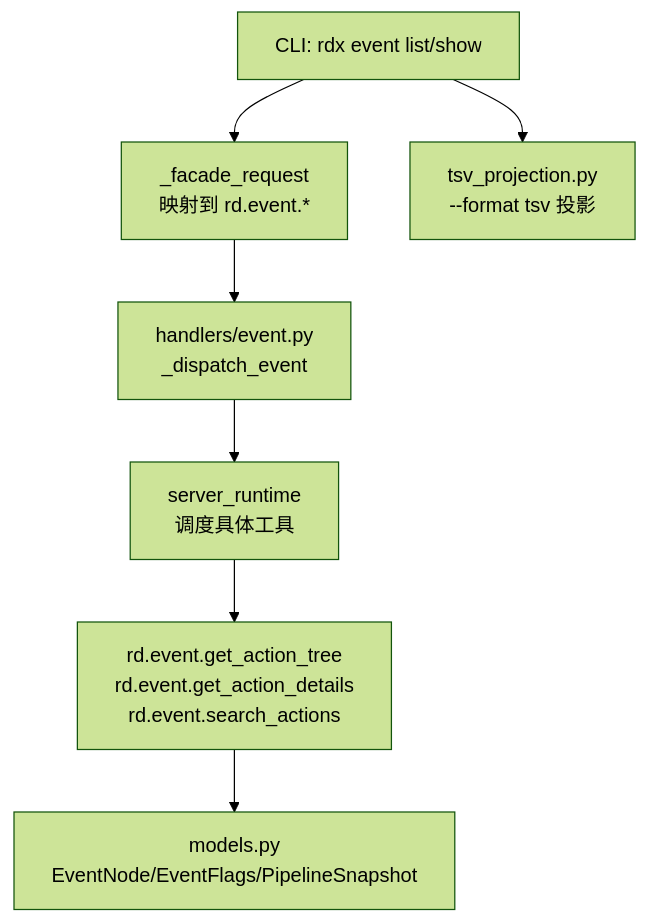
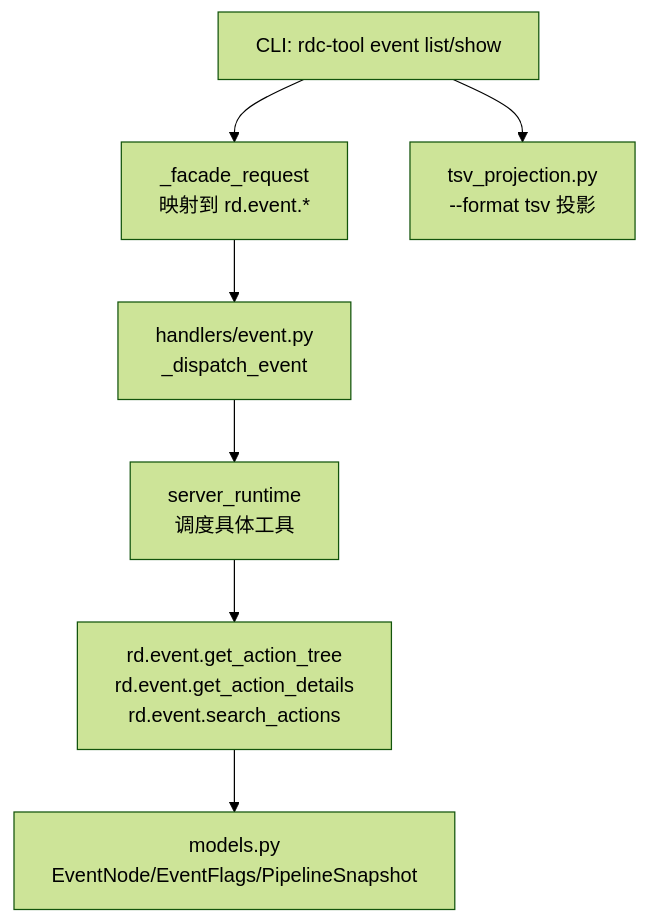
Before and after one commit to haolange/RDC-Tool: the first of 7 diagrams in .qoder/repowiki/zh/content/CLI参考手册/事件浏览命令.md, drawn with Mermaid (forest theme). The commit also changed other lines of this file and 388 other files, not shown here.

First line of the commit message:
Release RDC-Tool identity and public maintenance surface

````diff
--- a/.qoder/repowiki/zh/content/CLI参考手册/事件浏览命令.md
+++ b/.qoder/repowiki/zh/content/CLI参考手册/事件浏览命令.md
@@ -39,9 +39,9 @@
 ```mermaid
 graph TB
-CLI["CLI: rdx event list/show"] --> Facade["_facade_request<br/>映射到 rd.event.*"]
+CLI["CLI: rdc-tool event list/show"] --> Facade["_facade_request<br/>映射到 rd.event.*"]
 Facade --> Handler["handlers/event.py<br/>_dispatch_event"]
 Handler --> Runtime["server_runtime<br/>调度具体工具"]
 Runtime --> Tools["rd.event.get_action_tree<br/>rd.event.get_action_details<br/>rd.event.search_actions"]
 Tools --> Models["models.py<br/>EventNode/EventFlags/PipelineSnapshot"]
 CLI --> TSV["tsv_projection.py<br/>--format tsv 投影"]
 ```
````
